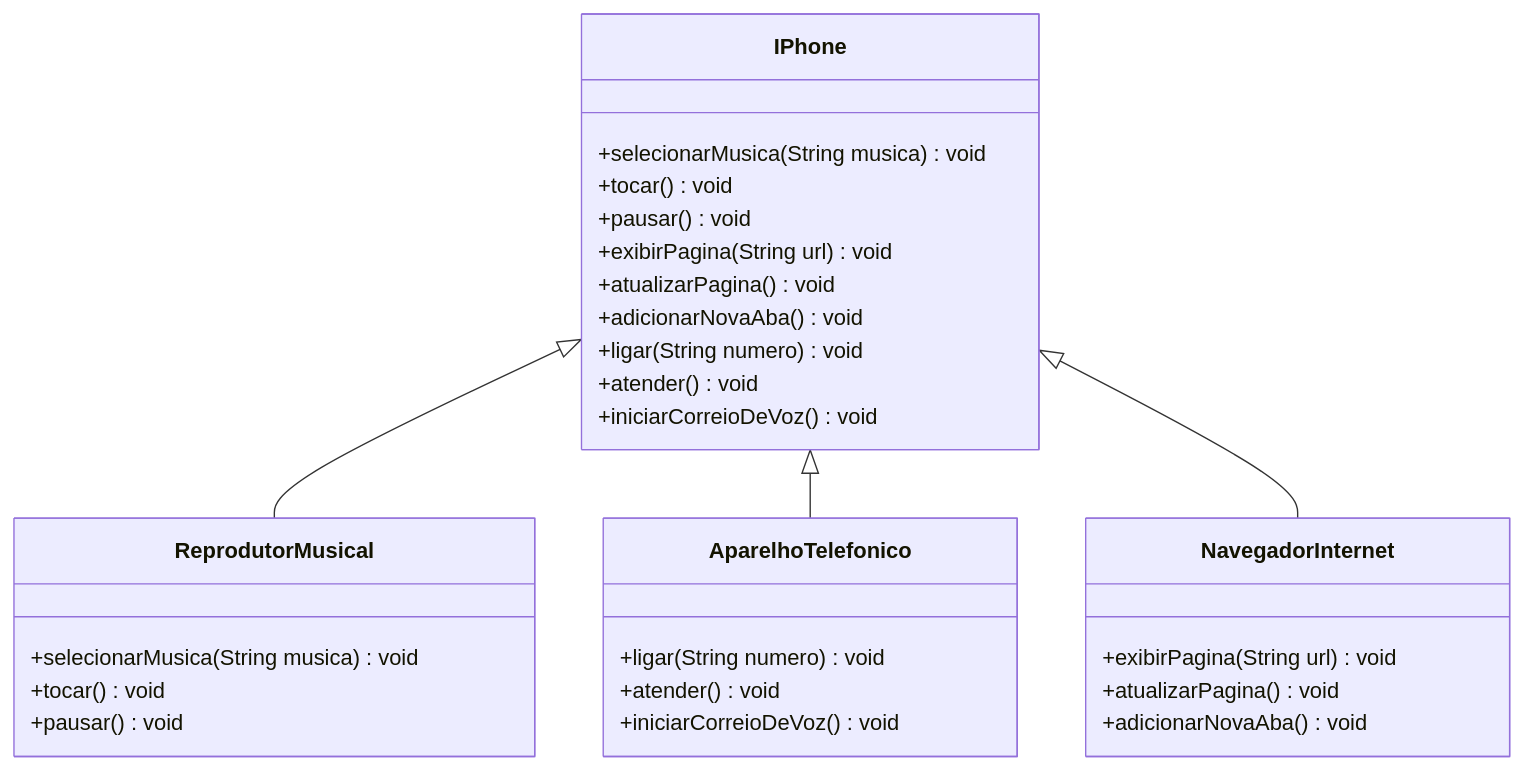
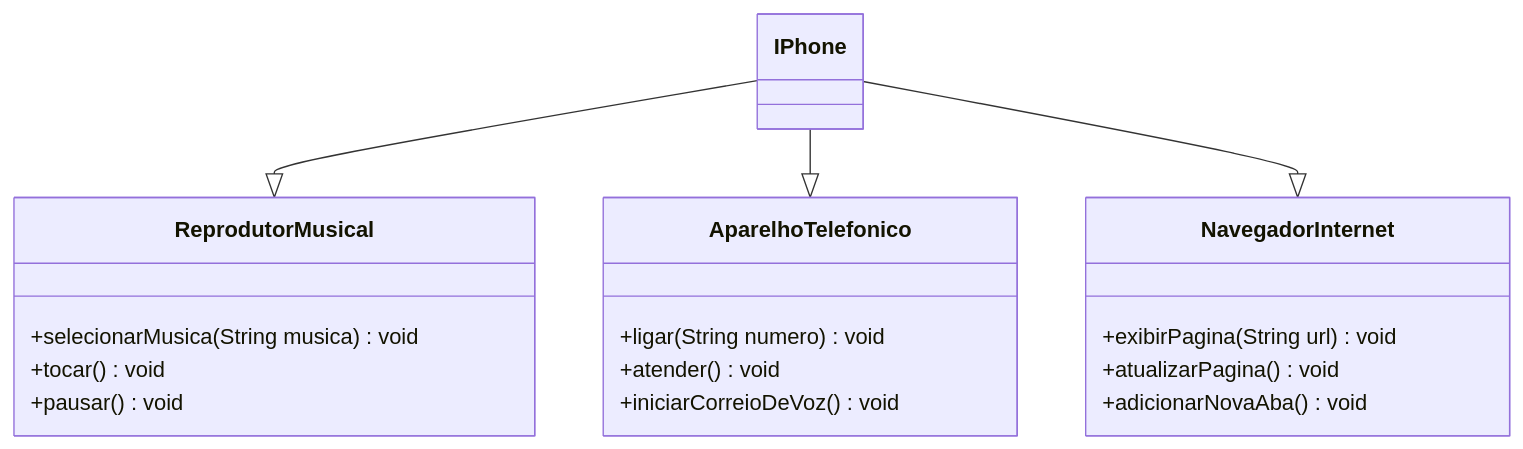
The diagram in POO/DesafioModelandoUML/README.md (FelipeDiasD/dio-trilha-java-basico), drawn with Mermaid before and after one commit. The commit also changed 8 other files, not shown here.

````diff
--- a/POO/DesafioModelandoUML/README.md
+++ b/POO/DesafioModelandoUML/README.md
@@ -1,36 +1,26 @@
 ```mermaid
 classDiagram
-    IPhone <|-- ReprodutorMusical
-    IPhone <|-- AparelhoTelefonico
-    IPhone <|-- NavegadorInternet
+    IPhone --|> ReprodutorMusical
+    IPhone --|> AparelhoTelefonico
+    IPhone --|> NavegadorInternet
 
-    IPhone : +selecionarMusica(String musica)void
-    IPhone : +tocar() void
-    IPhone : +pausar()void
-
-    IPhone : +exibirPagina(String url)void
-    IPhone : +atualizarPagina()void
-    IPhone : +adicionarNovaAba()void
-
-    IPhone : +ligar(String numero) void
-    IPhone : +atender()void
-    IPhone : +iniciarCorreioDeVoz()void
+    IPhone : 
 
    
     class ReprodutorMusical{
       +selecionarMusica(String musica)void
       +tocar() void
       +pausar()void
     }
 
     class AparelhoTelefonico{
       +ligar(String numero) void
       +atender()void
       +iniciarCorreioDeVoz()void
     }
     class NavegadorInternet{
       +exibirPagina(String url)void
       +atualizarPagina()void
       +adicionarNovaAba()void
     }
   ```
````
